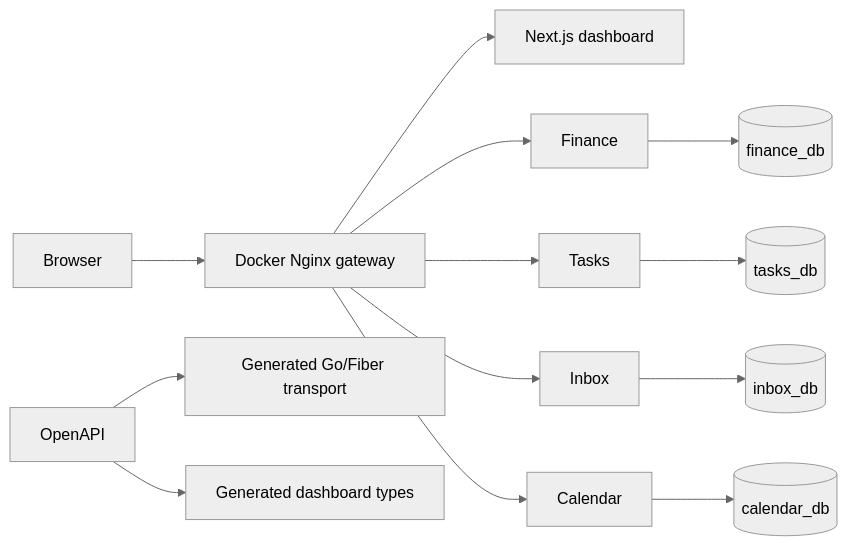
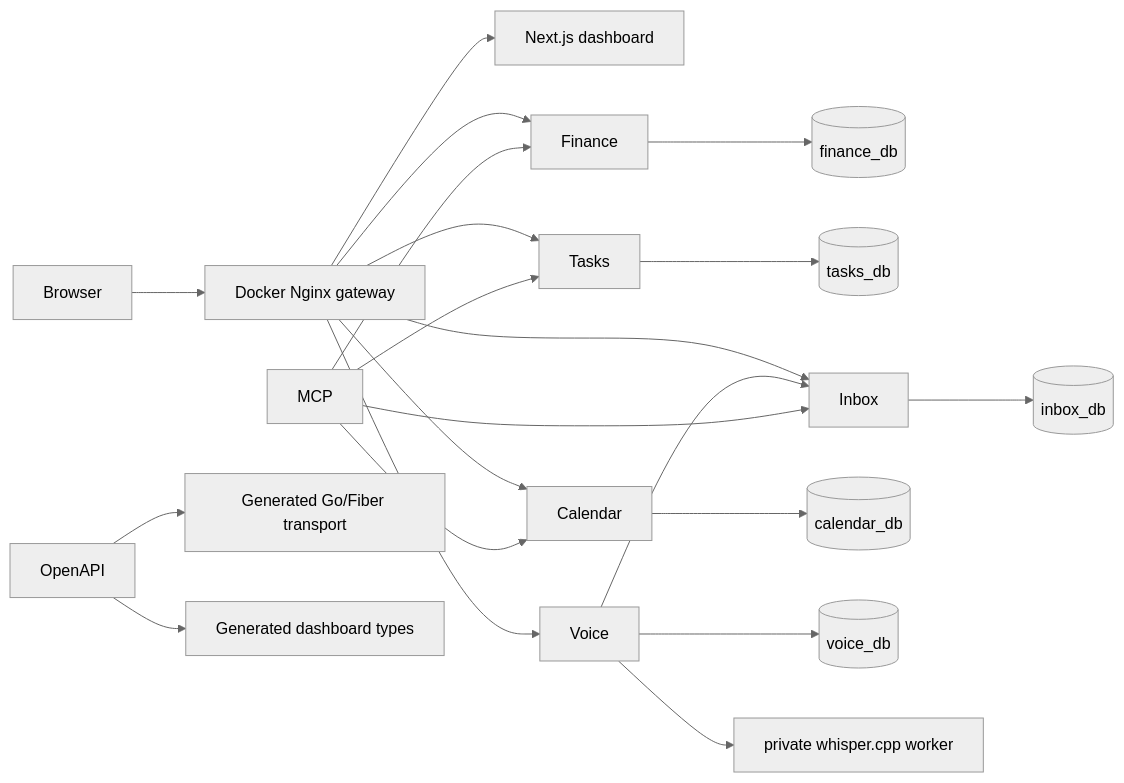
The diagram in docs/architecture/overview.md (GAMch1k/life-os), drawn with Mermaid (neutral theme) before and after one commit. The commit also changed other lines of this file and 4 other files, not shown here.

Commit message:
P6-06 synchronize architecture and API documentation

````diff
--- a/docs/architecture/overview.md
+++ b/docs/architecture/overview.md
@@ -5,11 +5,18 @@
 ```mermaid
 flowchart LR
   Browser --> Gateway[Docker Nginx gateway]
   Gateway --> Dashboard[Next.js dashboard]
   Gateway --> Finance --> FDB[(finance_db)]
   Gateway --> Tasks --> TDB[(tasks_db)]
   Gateway --> Inbox --> IDB[(inbox_db)]
   Gateway --> Calendar --> CDB[(calendar_db)]
+  Gateway --> Voice --> VDB[(voice_db)]
+  Voice --> Whisper[private whisper.cpp worker]
+  Voice --> Inbox
+  MCP --> Finance
+  MCP --> Tasks
+  MCP --> Inbox
+  MCP --> Calendar
   OpenAPI --> Go[Generated Go/Fiber transport]
   OpenAPI --> TS[Generated dashboard types]
 ```
````
